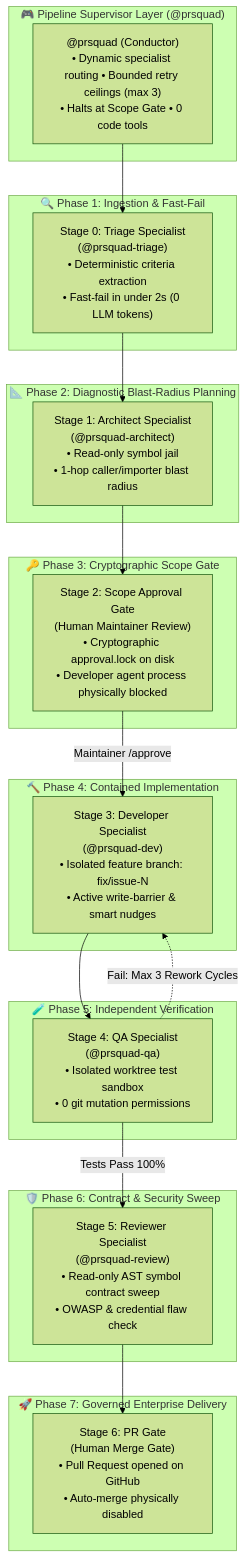
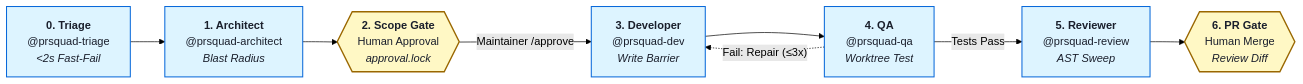
Before and after one commit to vamsicherukuri/PRsquad: the diagram in README.md, drawn with Mermaid (forest theme). The commit also changed other lines of this file and 2 other files, not shown here.

Commit message:
docs: implement enterprise vector SVG architecture diagram in sample style

````diff
--- a/README.md
+++ b/README.md
@@ -87,43 +94,21 @@
 ```mermaid
-flowchart TD
-    subgraph Supervisor["🎮 Pipeline Supervisor Layer (@prsquad)"]
-        Orch["@prsquad (Conductor)<br/>• Dynamic specialist routing • Bounded retry ceilings (max 3)<br/>• Halts at Scope Gate • 0 code tools"]
-    end
+flowchart LR
+    classDef gate fill:#FFF8C5,stroke:#9A6700,stroke-width:2px,color:#1A1F2C
+    classDef agent fill:#DDF4FF,stroke:#0969DA,stroke-width:1.5px,color:#1A1F2C
 
-    subgraph Phase1["🔍 Phase 1: Ingestion & Fast-Fail"]
-        S0["Stage 0: Triage Specialist<br/>(@prsquad-triage)<br/>• Deterministic criteria extraction<br/>• Fast-fail in under 2s (0 LLM tokens)"]
-    end
+    S0["<b>0. Triage</b><br/>@prsquad-triage<br/><i>&lt;2s Fast-Fail</i>"]:::agent
+    S1["<b>1. Architect</b><br/>@prsquad-architect<br/><i>Blast Radius</i>"]:::agent
+    S2{{"<b>2. Scope Gate</b><br/>Human Approval<br/><i>approval.lock</i>"}}:::gate
+    S3["<b>3. Developer</b><br/>@prsquad-dev<br/><i>Write Barrier</i>"]:::agent
+    S4["<b>4. QA</b><br/>@prsquad-qa<br/><i>Worktree Test</i>"]:::agent
+    S5["<b>5. Reviewer</b><br/>@prsquad-review<br/><i>AST Sweep</i>"]:::agent
+    S6{{"<b>6. PR Gate</b><br/>Human Merge<br/><i>Review Diff</i>"}}:::gate
 
-    subgraph Phase2["📐 Phase 2: Diagnostic Blast-Radius Planning"]
-        S1["Stage 1: Architect Specialist<br/>(@prsquad-architect)<br/>• Read-only symbol jail<br/>• 1-hop caller/importer blast radius"]
-    end
-
-    subgraph Gate1["🔑 Phase 3: Cryptographic Scope Gate"]
-        S2["Stage 2: Scope Approval Gate<br/>(Human Maintainer Review)<br/>• Cryptographic approval.lock on disk<br/>• Developer agent process physically blocked"]
-    end
-
-    subgraph Phase4["🔨 Phase 4: Contained Implementation"]
-        S3["Stage 3: Developer Specialist<br/>(@prsquad-dev)<br/>• Isolated feature branch: fix/issue-N<br/>• Active write-barrier & smart nudges"]
-    end
-
-    subgraph Phase5["🧪 Phase 5: Independent Verification"]
-        S4["Stage 4: QA Specialist<br/>(@prsquad-qa)<br/>• Isolated worktree test sandbox<br/>• 0 git mutation permissions"]
-    end
-
-    subgraph Phase6["🛡️ Phase 6: Contract & Security Sweep"]
-        S5["Stage 5: Reviewer Specialist<br/>(@prsquad-review)<br/>• Read-only AST symbol contract sweep<br/>• OWASP & credential flaw check"]
-    end
-
-    subgraph Gate2["🚀 Phase 7: Governed Enterprise Delivery"]
-        S6["Stage 6: PR Gate<br/>(Human Merge Gate)<br/>• Pull Request opened on GitHub<br/>• Auto-merge physically disabled"]
-    end
-
-    Orch --> S0
     S0 --> S1
     S1 --> S2
     S2 -->|"Maintainer /approve"| S3
     S3 --> S4
-    S4 -->|"Tests Pass 100%"| S5
-    S4 -.->|"Fail: Max 3 Rework Cycles"| S3
+    S4 -->|"Tests Pass"| S5
+    S4 -.->|"Fail: Repair (≤3x)"| S3
     S5 --> S6
 ```
````
